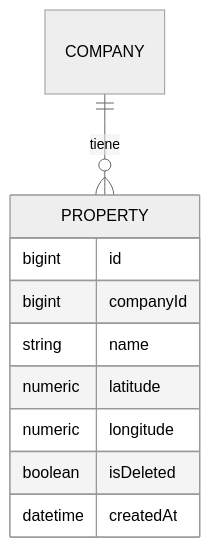
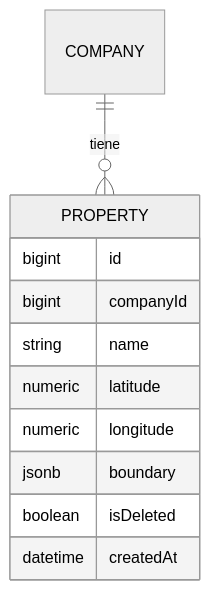
The diagram in docs/property/property.md (mzenteno/RedPecuaria_backend), drawn with Mermaid (neutral theme) before and after one commit. The commit also changed other lines of this file and 16 other files, not shown here.

````diff
--- a/docs/property/property.md
+++ b/docs/property/property.md
@@ -14,13 +14,14 @@
 ```mermaid
 erDiagram
     COMPANY ||--o{ PROPERTY : "tiene"
     PROPERTY {
         bigint id
         bigint companyId
         string name
         numeric latitude
         numeric longitude
+        jsonb boundary
         boolean isDeleted
         datetime createdAt
     }
 ```
````
